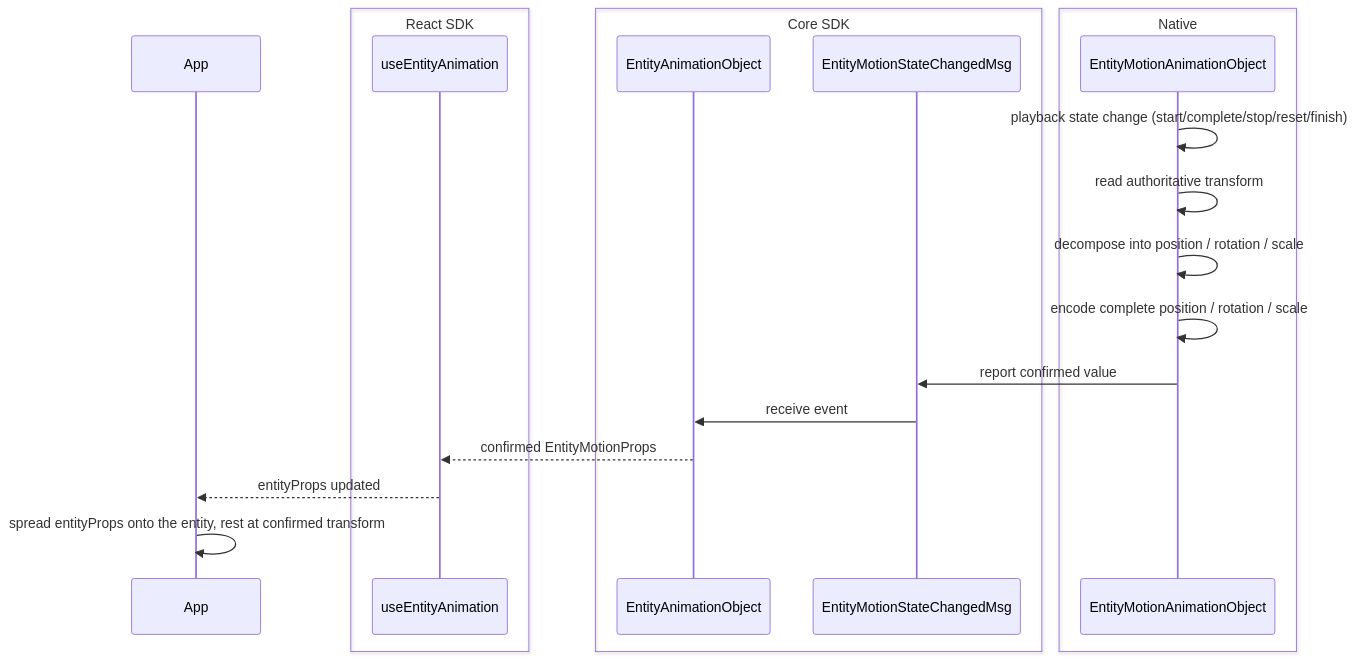
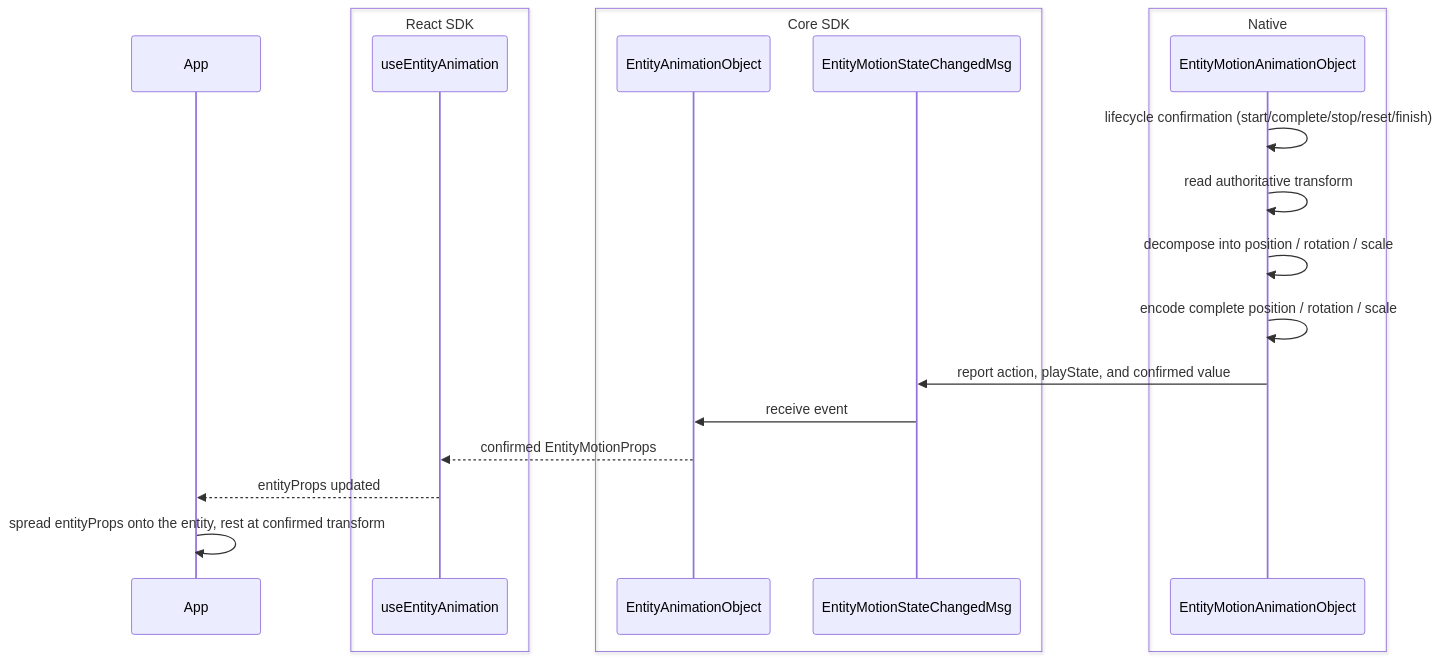
Before and after one commit to webspatial/webspatial-sdk: the fourth of 14 diagrams in openspec/changes/redesign-entity-motion-api/design.md, drawn with Mermaid. The commit also changed other lines of this file and 33 other files, not shown here.

````diff
--- a/openspec/changes/redesign-entity-motion-api/design.md
+++ b/openspec/changes/redesign-entity-motion-api/design.md
@@ -368,24 +370,24 @@
 ```mermaid
 sequenceDiagram
     participant App
     box React SDK
         participant Hook as useEntityAnimation
     end
     box Core SDK
         participant Obj as EntityAnimationObject
         participant Event as EntityMotionStateChangedMsg
     end
     box Native
         participant NativeObj as EntityMotionAnimationObject
     end
 
-    NativeObj->>NativeObj: playback state change (start/complete/stop/reset/finish)
+    NativeObj->>NativeObj: lifecycle confirmation (start/complete/stop/reset/finish)
     NativeObj->>NativeObj: read authoritative transform
     NativeObj->>NativeObj: decompose into position / rotation / scale
     NativeObj->>NativeObj: encode complete position / rotation / scale
-    NativeObj->>Event: report confirmed value
+    NativeObj->>Event: report action, playState, and confirmed value
     Event->>Obj: receive event
     Obj-->>Hook: confirmed EntityMotionProps
     Hook-->>App: entityProps updated
     App->>App: spread entityProps onto the entity, rest at confirmed transform
 ```
````
